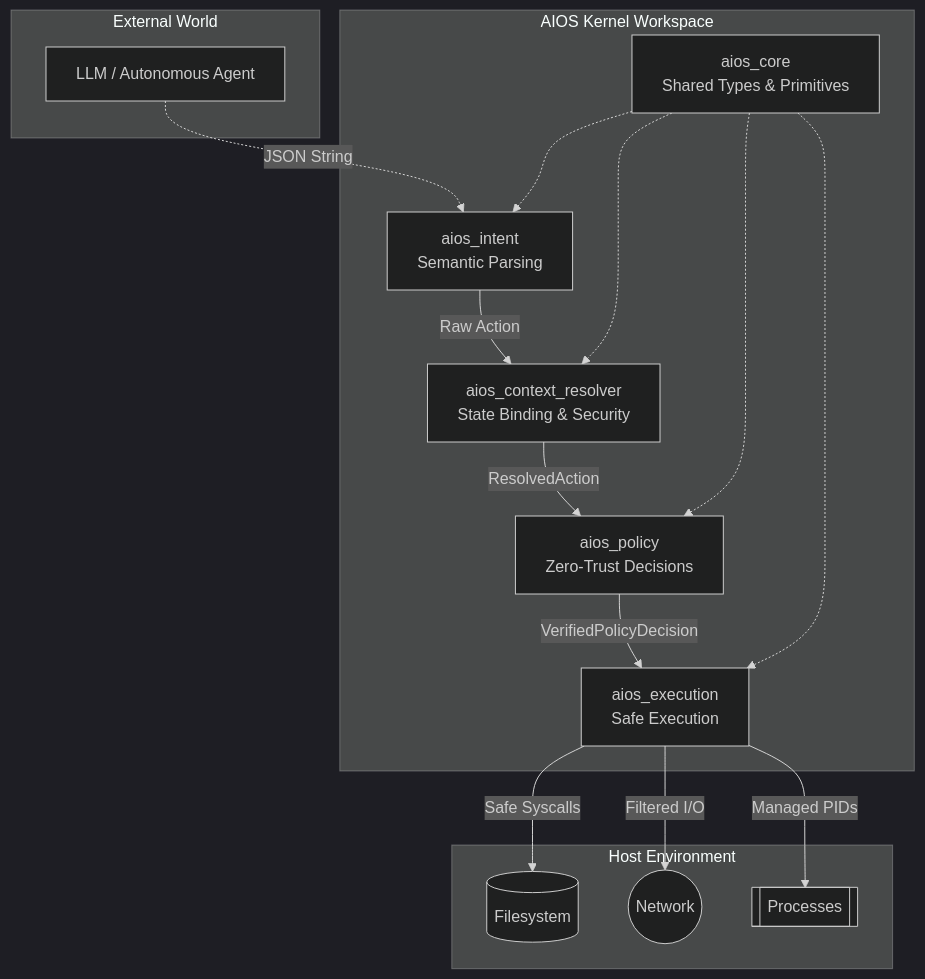
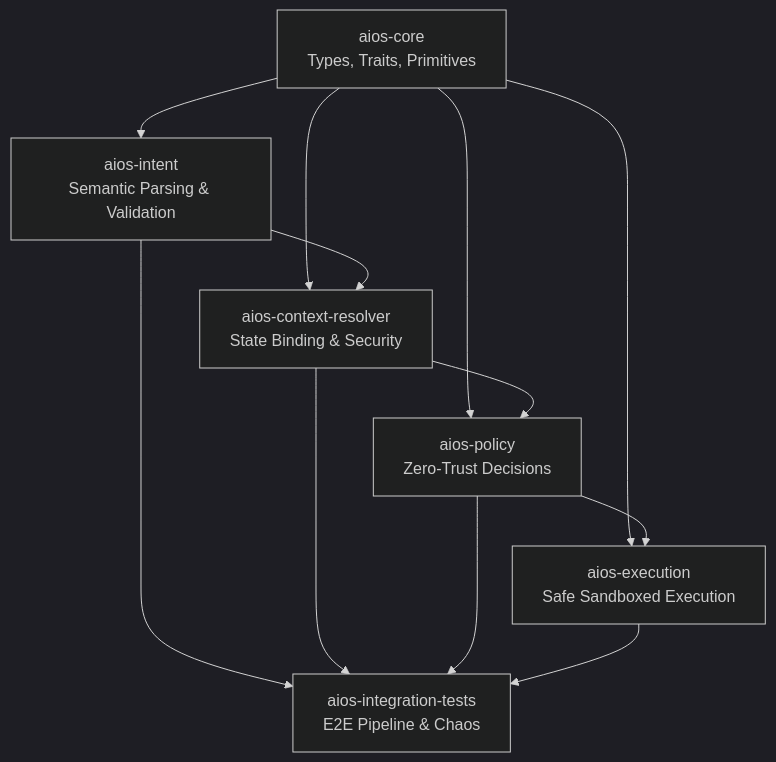
The first of 2 diagrams in README.md (Nciibi/AIOS), drawn with Mermaid (dark theme) before and after one commit. The commit also changed other lines of this file, not shown here.

````diff
--- a/README.md
+++ b/README.md
@@ -11,34 +43,21 @@
 ```mermaid
 graph TD
-    subgraph "External World"
-        LLM[LLM / Autonomous Agent]
-    end
+    Core[aios-core<br/>Types, Traits, Primitives]
+    Intent[aios-intent<br/>Semantic Parsing & Validation]
+    Resolver[aios-context-resolver<br/>State Binding & Security]
+    Policy[aios-policy<br/>Zero-Trust Decisions]
+    Exec[aios-execution<br/>Safe Sandboxed Execution]
+    Tests[aios-integration-tests<br/>E2E Pipeline & Chaos]
 
-    subgraph "AIOS Kernel Workspace"
-        Intent[aios_intent<br/>Semantic Parsing]
-        Resolver[aios_context_resolver<br/>State Binding & Security]
-        Policy[aios_policy<br/>Zero-Trust Decisions]
-        Exec[aios_execution<br/>Safe Execution]
-        Core[aios_core<br/>Shared Types & Primitives]
-        
-        Intent -->|Raw Action| Resolver
-        Resolver -->|ResolvedAction| Policy
-        Policy -->|VerifiedPolicyDecision| Exec
-        
-        Core -.-> Intent
-        Core -.-> Resolver
-        Core -.-> Policy
-        Core -.-> Exec
-    end
-
-    subgraph "Host Environment"
-        Filesystem[(Filesystem)]
-        Network((Network))
-        Processes[[Processes]]
-    end
-
-    Exec -->|Safe Syscalls| Filesystem
-    Exec -->|Filtered I/O| Network
-    Exec -->|Managed PIDs| Processes
-    LLM -.->|JSON String| Intent
+    Core --> Intent
+    Core --> Resolver
+    Core --> Policy
+    Core --> Exec
+    Intent --> Resolver
+    Resolver --> Policy
+    Policy --> Exec
+    Intent --> Tests
+    Resolver --> Tests
+    Policy --> Tests
+    Exec --> Tests
 ```
````
